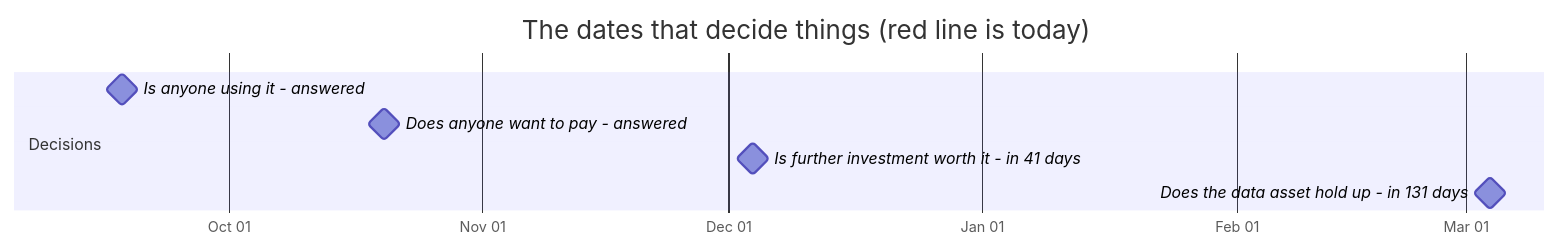
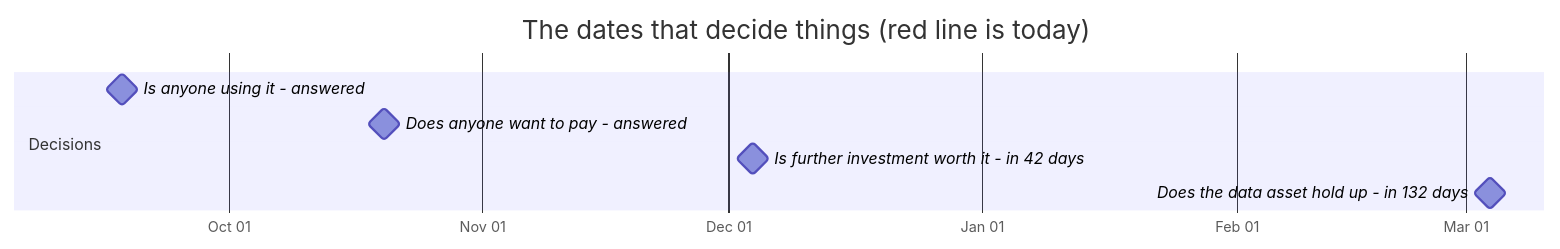
One commit to jakegu1/vetagent changed the first of 2 diagrams in docs/OWNER.md. Above: the diagram before and after it, drawn with Mermaid. The commit also changed other lines of this file, not shown here.

````diff
--- a/docs/OWNER.md
+++ b/docs/OWNER.md
@@ -67,12 +67,12 @@
 ```mermaid
 gantt
     dateFormat YYYY-MM-DD
     axisFormat %b %d
     todayMarker stroke-width:3px,stroke:#d33,stroke-dasharray:0
     title The dates that decide things (red line is today)
     section Decisions
     Is anyone using it - answered :milestone, 2026-09-18, 0d
     Does anyone want to pay - answered :milestone, 2026-10-20, 0d
-    Is further investment worth it - in 41 days :milestone, 2026-12-04, 0d
-    Does the data asset hold up - in 131 days :milestone, 2027-03-04, 0d
+    Is further investment worth it - in 42 days :milestone, 2026-12-04, 0d
+    Does the data asset hold up - in 132 days :milestone, 2027-03-04, 0d
 ```
````
